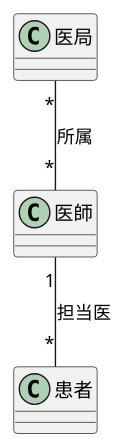
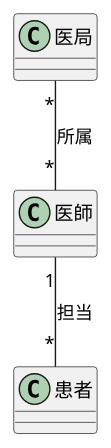
One commit to itouayumu/uml-introduction- changed the diagram in 演習3-2_CL_医師と患者と医局と診療記録.pu. Above: the diagram before and after it, drawn with PlantUML.

Commit message:
課題

```diff
--- a/演習3-2_CL_医師と患者と医局と診療記録.pu
+++ b/演習3-2_CL_医師と患者と医局と診療記録.pu
@@ -1,9 +1,9 @@
 @startuml
 
 class 医師{}
 class 医局{}
 class 患者{}
 医局 "*" --"*"医師 :所属
-医師 "1"--"*"患者 :担当医
+医師 "1"--"*"患者 :担当
 
 @enduml
```
